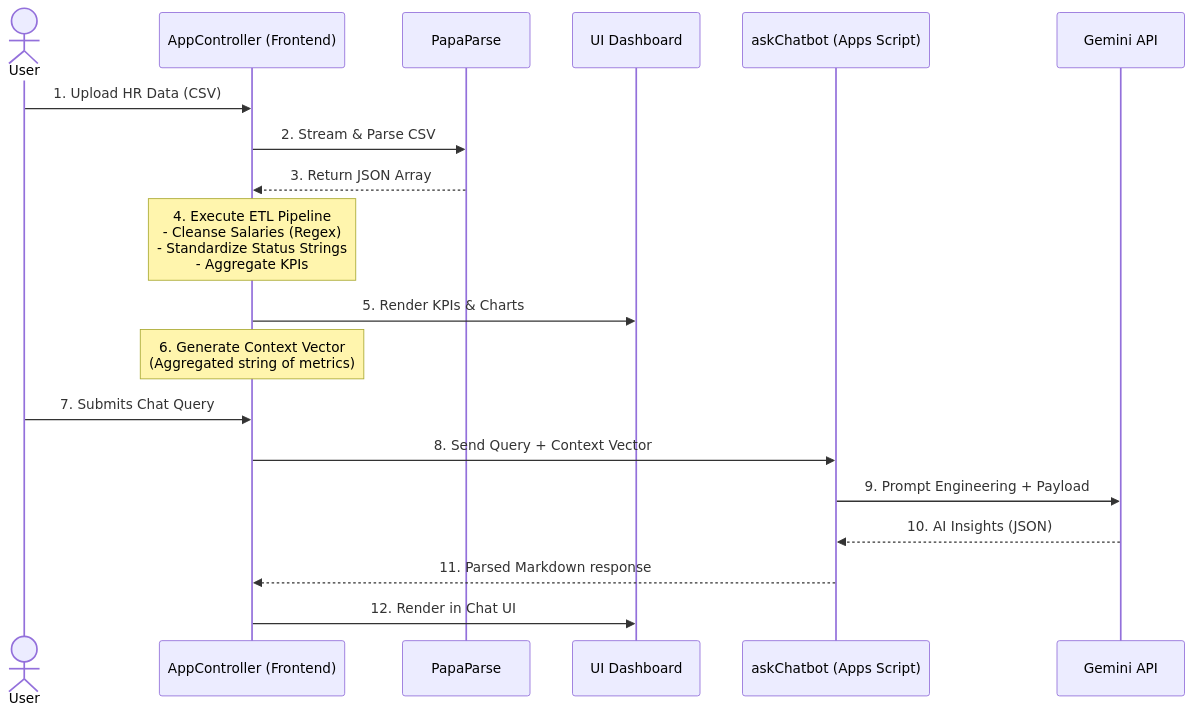
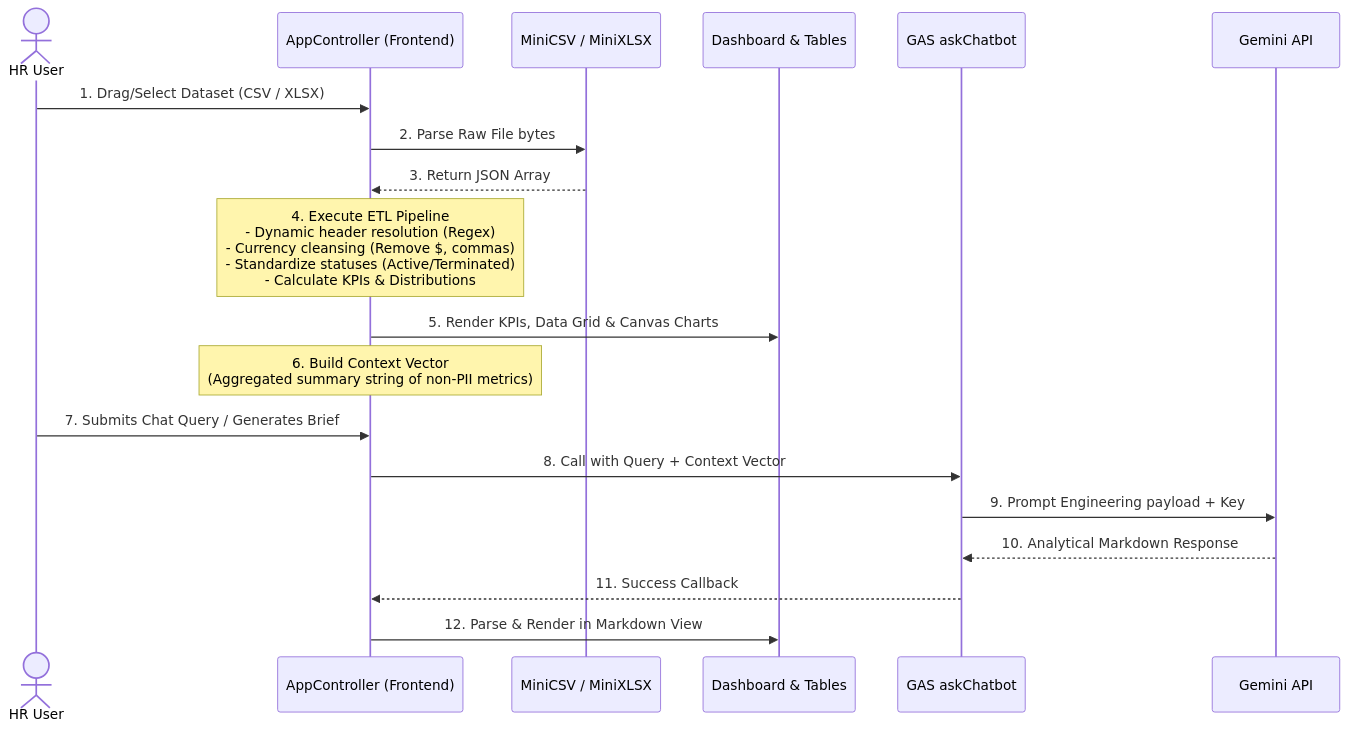
One commit to Sohila-Khaled-Abbas/hr-analytics-hub changed the diagram in docs/data_flow.md. Above: the diagram before and after it, drawn with Mermaid. The commit also changed other lines of this file and 4 other files, not shown here.

````diff
--- a/docs/data_flow.md
+++ b/docs/data_flow.md
@@ -7,26 +7,26 @@
 ```mermaid
 sequenceDiagram
-    actor User
+    actor HR as HR User
     participant App as AppController (Frontend)
-    participant Papa as PapaParse
-    participant Dashboard as UI Dashboard
-    participant Backend as askChatbot (Apps Script)
+    participant Parser as MiniCSV / MiniXLSX
+    participant UI as Dashboard & Tables
+    participant Backend as GAS askChatbot
     participant Gemini as Gemini API
 
-    User->>App: 1. Upload HR Data (CSV)
-    App->>Papa: 2. Stream & Parse CSV
-    Papa-->>App: 3. Return JSON Array
+    HR->>App: 1. Drag/Select Dataset (CSV / XLSX)
+    App->>Parser: 2. Parse Raw File bytes
+    Parser-->>App: 3. Return JSON Array
     
-    note over App: 4. Execute ETL Pipeline<br/>- Cleanse Salaries (Regex)<br/>- Standardize Status Strings<br/>- Aggregate KPIs
+    note over App: 4. Execute ETL Pipeline<br/>- Dynamic header resolution (Regex)<br/>- Currency cleansing (Remove $, commas)<br/>- Standardize statuses (Active/Terminated)<br/>- Calculate KPIs & Distributions
     
-    App->>Dashboard: 5. Render KPIs & Charts
+    App->>UI: 5. Render KPIs, Data Grid & Canvas Charts
     
-    note over App: 6. Generate Context Vector<br/>(Aggregated string of metrics)
+    note over App: 6. Build Context Vector<br/>(Aggregated summary string of non-PII metrics)
     
-    User->>App: 7. Submits Chat Query
-    App->>Backend: 8. Send Query + Context Vector
-    Backend->>Gemini: 9. Prompt Engineering + Payload
-    Gemini-->>Backend: 10. AI Insights (JSON)
-    Backend-->>App: 11. Parsed Markdown response
-    App->>Dashboard: 12. Render in Chat UI
+    HR->>App: 7. Submits Chat Query / Generates Brief
+    App->>Backend: 8. Call with Query + Context Vector
+    Backend->>Gemini: 9. Prompt Engineering payload + Key
+    Gemini-->>Backend: 10. Analytical Markdown Response
+    Backend-->>App: 11. Success Callback
+    App->>UI: 12. Parse & Render in Markdown View
 ```
````
